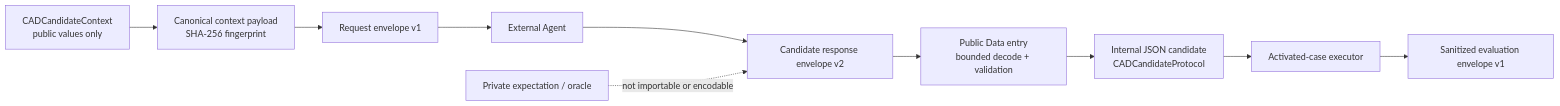
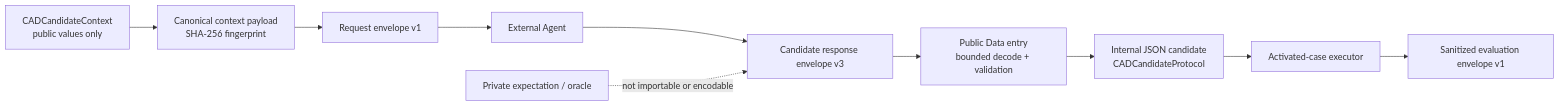
One commit to 1amageek/Rupa changed the first of 2 diagrams in RupaKit/Sources/RupaAgentCADBenchmarkJSONAdapter/DESIGN.md. Above: the diagram before and after it, drawn with Mermaid. The commit also changed other lines of this file and 9 other files, not shown here.

````diff
--- a/RupaKit/Sources/RupaAgentCADBenchmarkJSONAdapter/DESIGN.md
+++ b/RupaKit/Sources/RupaAgentCADBenchmarkJSONAdapter/DESIGN.md
@@ -52,12 +52,12 @@
 ```mermaid
 flowchart LR
     PublicContext["CADCandidateContext\npublic values only"] --> Canonical["Canonical context payload\nSHA-256 fingerprint"]
     Canonical --> Request["Request envelope v1"]
-    External["External Agent"] --> Response["Candidate response envelope v2"]
+    External["External Agent"] --> Response["Candidate response envelope v3"]
     Request --> External
     Response --> Validate["Public Data entry\nbounded decode + validation"]
     Validate --> Candidate["Internal JSON candidate\nCADCandidateProtocol"]
     Candidate --> Executor["Activated-case executor"]
     Executor --> Evaluation["Sanitized evaluation envelope v1"]
     Private["Private expectation / oracle"] -. "not importable or encodable" .-> Response
 ```
````
